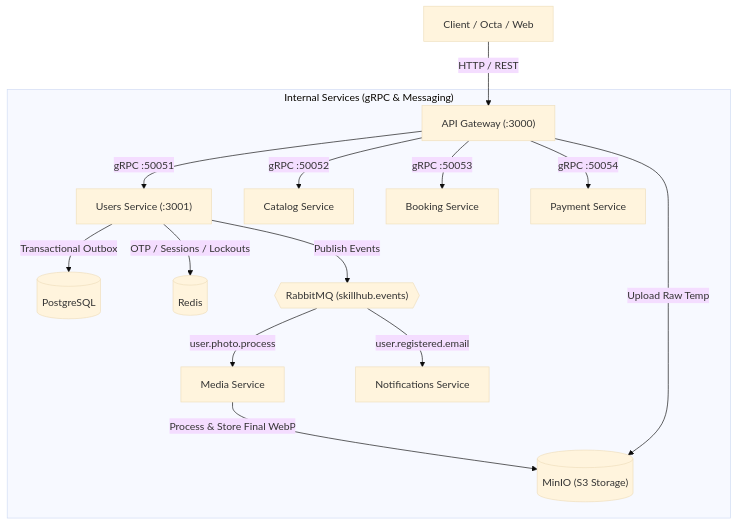
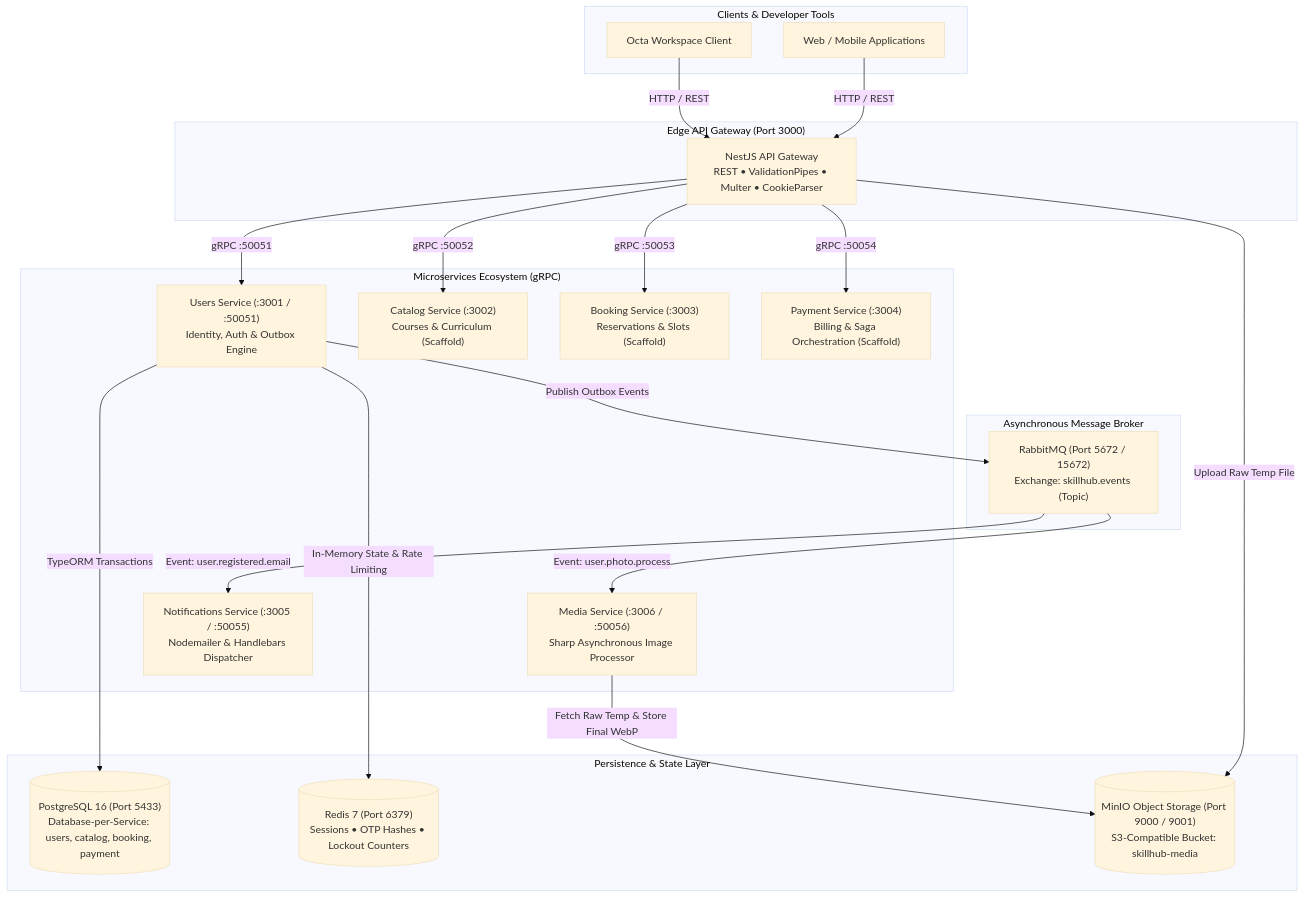
The diagram in README.md (moaazsaadawydev-lab/SkillUp), drawn with Mermaid (base theme) before and after one commit. The commit also changed other lines of this file and 1 other file, not shown here.

````diff
--- a/README.md
+++ b/README.md
@@ -27,21 +27,53 @@
 ```mermaid
-flowchart TD
-    Client["Client / Octa / Web"] -->|HTTP / REST| Gateway["API Gateway (:3000)"]
-    
-    subgraph Microservices ["Internal Services (gRPC & Messaging)"]
-        Gateway -->|gRPC :50051| Users["Users Service (:3001)"]
-        Gateway -->|gRPC :50052| Catalog["Catalog Service"]
-        Gateway -->|gRPC :50053| Booking["Booking Service"]
-        Gateway -->|gRPC :50054| Payment["Payment Service"]
-        
-        Users -->|Transactional Outbox| Postgres[("PostgreSQL")]
-        Users -->|OTP / Sessions / Lockouts| Redis[("Redis")]
-        Users -->|Publish Events| RabbitMQ{{"RabbitMQ (skillhub.events)"}}
-        
-        RabbitMQ -->|user.photo.process| Media["Media Service"]
-        RabbitMQ -->|user.registered.email| Notifications["Notifications Service"]
-        
-        Gateway -->|Upload Raw Temp| MinIO[("MinIO (S3 Storage)")]
-        Media -->|Process & Store Final WebP| MinIO
+flowchart TB
+    subgraph ClientLayer ["Clients & Developer Tools"]
+        Client["Web / Mobile Applications"]
+        Octa["Octa Workspace Client"]
     end
+
+    subgraph GatewayLayer ["Edge API Gateway (Port 3000)"]
+        Gateway["NestJS API Gateway<br/>REST • ValidationPipes • Multer • CookieParser"]
+    end
+
+    subgraph ServiceLayer ["Microservices Ecosystem (gRPC)"]
+        UsersSvc["Users Service (:3001 / :50051)<br/>Identity, Auth & Outbox Engine"]
+        MediaSvc["Media Service (:3006 / :50056)<br/>Sharp Asynchronous Image Processor"]
+        NotifSvc["Notifications Service (:3005 / :50055)<br/>Nodemailer & Handlebars Dispatcher"]
+        CatalogSvc["Catalog Service (:3002)<br/>Courses & Curriculum (Scaffold)"]
+        BookingSvc["Booking Service (:3003)<br/>Reservations & Slots (Scaffold)"]
+        PaymentSvc["Payment Service (:3004)<br/>Billing & Saga Orchestration (Scaffold)"]
+    end
+
+    subgraph BrokerLayer ["Asynchronous Message Broker"]
+        RabbitMQ["RabbitMQ (Port 5672 / 15672)<br/>Exchange: skillhub.events (Topic)"]
+    end
+
+    subgraph DataLayer ["Persistence & State Layer"]
+        Postgres[("PostgreSQL 16 (Port 5433)<br/>Database-per-Service: users, catalog, booking, payment")]
+        Redis[("Redis 7 (Port 6379)<br/>Sessions • OTP Hashes • Lockout Counters")]
+        MinIO[("MinIO Object Storage (Port 9000 / 9001)<br/>S3-Compatible Bucket: skillhub-media")]
+    end
+
+    %% Client Traffic
+    Client -->|HTTP / REST| Gateway
+    Octa -->|HTTP / REST| Gateway
+
+    %% Gateway Routing
+    Gateway -->|gRPC :50051| UsersSvc
+    Gateway -->|gRPC :50052| CatalogSvc
+    Gateway -->|gRPC :50053| BookingSvc
+    Gateway -->|gRPC :50054| PaymentSvc
+    Gateway -->|Upload Raw Temp File| MinIO
+
+    %% Users Service Interactions
+    UsersSvc -->|TypeORM Transactions| Postgres
+    UsersSvc -->|In-Memory State & Rate Limiting| Redis
+    UsersSvc -->|Publish Outbox Events| RabbitMQ
+
+    %% Async Consumers
+    RabbitMQ -->|Event: user.photo.process| MediaSvc
+    RabbitMQ -->|Event: user.registered.email| NotifSvc
+
+    %% Media Processing
+    MediaSvc -->|Fetch Raw Temp & Store Final WebP| MinIO
 ```
````
